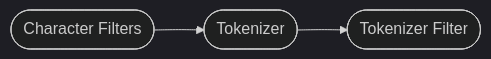
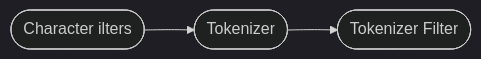
One commit to dengqinghua/dengqinghua.github.io changed the fourth of 5 diagrams in _posts/2021-09-01-all-for-search.md. Above: the diagram before and after it, drawn with Mermaid (dark theme). The commit also changed other lines of this file and 2 other files, not shown here.

```diff
--- a/_posts/2021-09-01-all-for-search.md
+++ b/_posts/2021-09-01-all-for-search.md
@@ -395,7 +441,7 @@
 <div class="mermaid" markdown="0">
 graph LR
-    cf([Character Filters]);
+    cf([Character ilters]);
     t([Tokenizer]);
     tf([Tokenizer Filter]);
     cf-->t-->tf
 </div>
```
